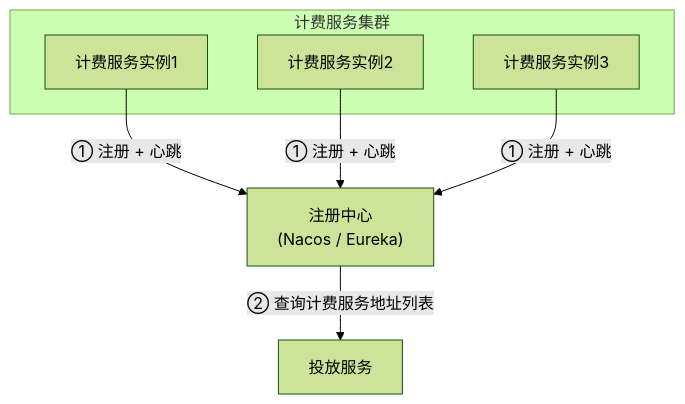
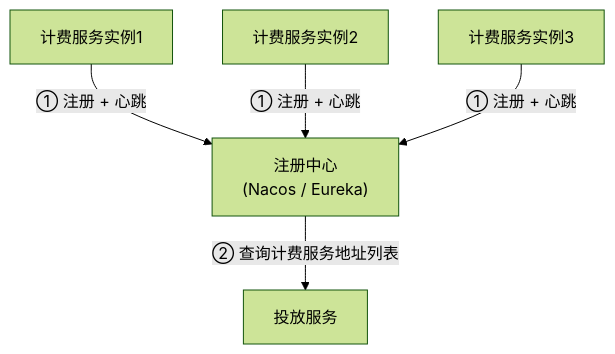
Before and after one commit to rebibabo/rebibabo.github.io: the third of 6 diagrams in source/_posts/Java-advanced/01-microservices-intro.md, drawn with Mermaid (forest theme). The commit also changed 1 other file, not shown here.

Commit message:
vault backup: 2026-07-07 18:41:33

````diff
--- a/source/_posts/Java-advanced/01-microservices-intro.md
+++ b/source/_posts/Java-advanced/01-microservices-intro.md
@@ -122,12 +122,7 @@
 ```mermaid
 graph TB
-    subgraph "计费服务集群"
-        B1["计费服务实例1"]
-        B2["计费服务实例2"]
-        B3["计费服务实例3"]
-    end
-    B1 -->|① 注册 + 心跳| Registry["注册中心<br/>(Nacos / Eureka)"]
-    B2 -->|① 注册 + 心跳| Registry
-    B3 -->|① 注册 + 心跳| Registry
+    B1["计费服务实例1"] -->|① 注册 + 心跳| Registry["注册中心<br/>(Nacos / Eureka)"]
+    B2["计费服务实例2"] -->|① 注册 + 心跳| Registry
+    B3["计费服务实例3"] -->|① 注册 + 心跳| Registry
     Registry -->|② 查询计费服务地址列表| Consumer["投放服务"]
 ```
````
